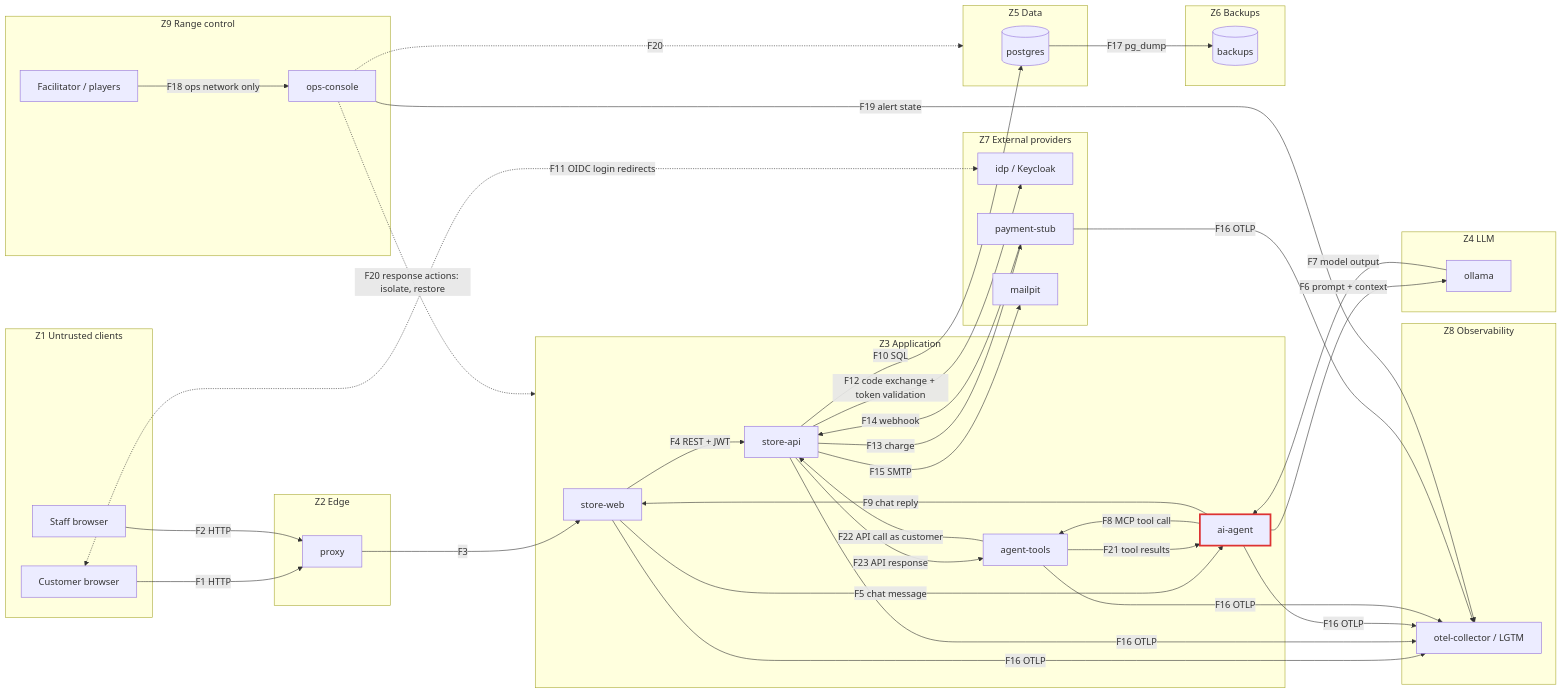
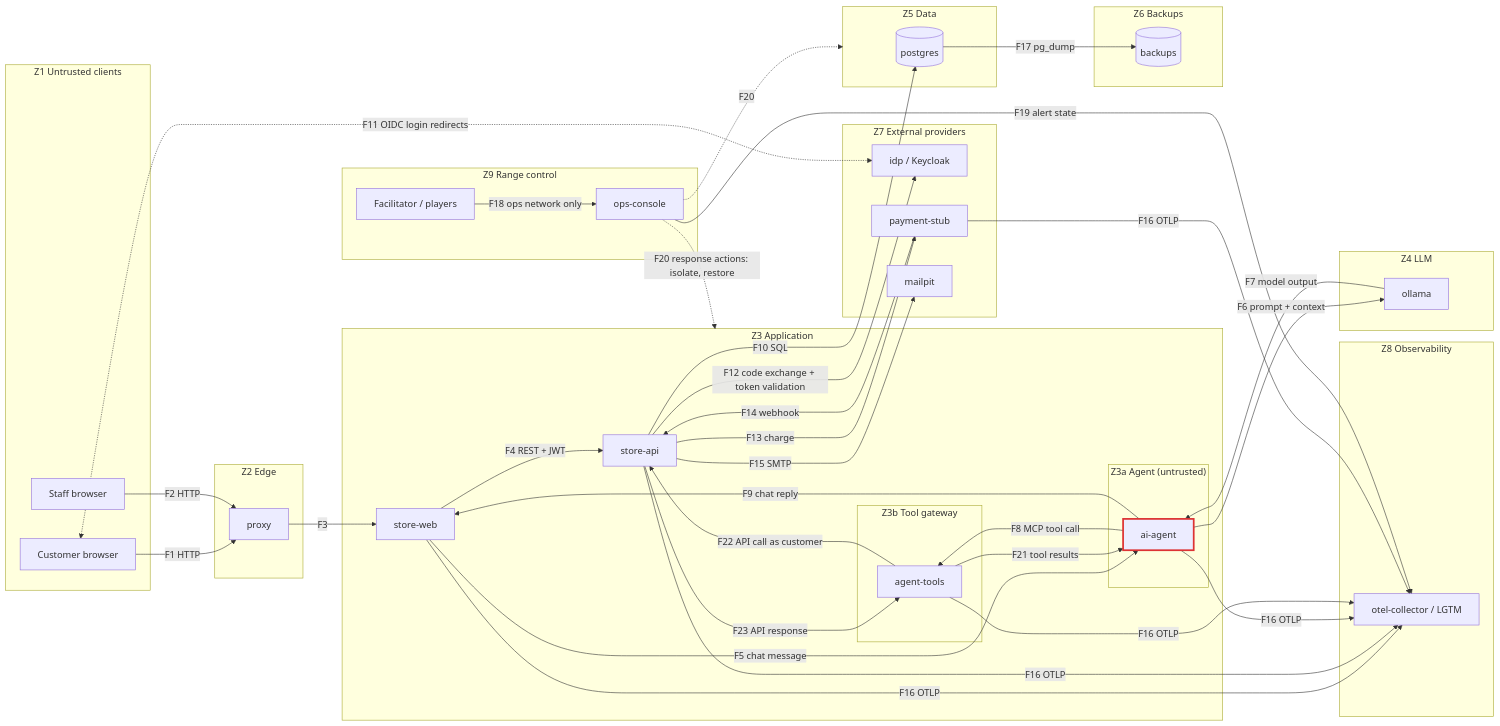
The diagram in docs/architecture.md (Qisuk/cyber_ducks), drawn with Mermaid before and after one commit. The commit also changed other lines of this file and 1 other file, not shown here.

Commit message:
Threat model 2.1: STRIDE method, TB1 worked example, first AI threats
- STRIDE-per-boundary method, cheat sheet, rating scales, coverage tracker
- Threat statement template (weakness class, not exploit detail)
- TH1-TH7: TB1 worked example; TH8-TH13: AI and telemetry threats
  (indirect/direct injection, excessive agency, model provenance,
  agent-action repudiation, log injection); TH14-TH21 ready to fill
- A17 staff privileges asset
- Diagram: Z3a agent / Z3b tool gateway sub-zones make TB5 and TB11 visible

````diff
--- a/docs/architecture.md
+++ b/docs/architecture.md
@@ -36,65 +38,69 @@
 ```mermaid
 flowchart LR
     subgraph Z1["Z1 Untrusted clients"]
         U[Customer browser]
         S[Staff browser]
     end
     subgraph Z2["Z2 Edge"]
         P[proxy]
     end
     subgraph Z3["Z3 Application"]
         W[store-web]
         A[store-api]
-        G[ai-agent]
-        K[agent-tools]
+        subgraph Z3a["Z3a Agent (untrusted)"]
+            G[ai-agent]
+        end
+        subgraph Z3b["Z3b Tool gateway"]
+            K[agent-tools]
+        end
     end
     subgraph Z4["Z4 LLM"]
         O[ollama]
     end
     subgraph Z5["Z5 Data"]
         D[(postgres)]
     end
     subgraph Z6["Z6 Backups"]
         B[(backups)]
     end
     subgraph Z7["Z7 External providers"]
         I[idp / Keycloak]
         PS[payment-stub]
         M[mailpit]
     end
     subgraph Z8["Z8 Observability"]
         T[otel-collector / LGTM]
     end
     subgraph Z9["Z9 Range control"]
         F[Facilitator / players]
         C[ops-console]
     end
 
     classDef untrusted stroke:#d33,stroke-width:3px
     class G untrusted
 
     U -->|F1 HTTP| P
     S -->|F2 HTTP| P
     P -->|F3| W
     W -->|F4 REST + JWT| A
     W -->|F5 chat message| G
     G -->|F6 prompt + context| O
     O -->|F7 model output| G
     G -->|F8 MCP tool call| K
     K -->|F21 tool results| G
     K -->|F22 API call as customer| A
     A -->|F23 API response| K
     G -->|F9 chat reply| W
     A -->|F10 SQL| D
     U <-.->|F11 OIDC login redirects| I
     A -->|F12 code exchange + token validation| I
     A -->|F13 charge| PS
     PS -->|F14 webhook| A
     A -->|F15 SMTP| M
     W & A & G & K & PS -->|F16 OTLP| T
     D -->|F17 pg_dump| B
     F -->|F18 ops network only| C
     C -->|F19 alert state| T
     C -.->|F20 response actions: isolate, restore| Z3
     C -.->|F20| Z5
 ```
````
